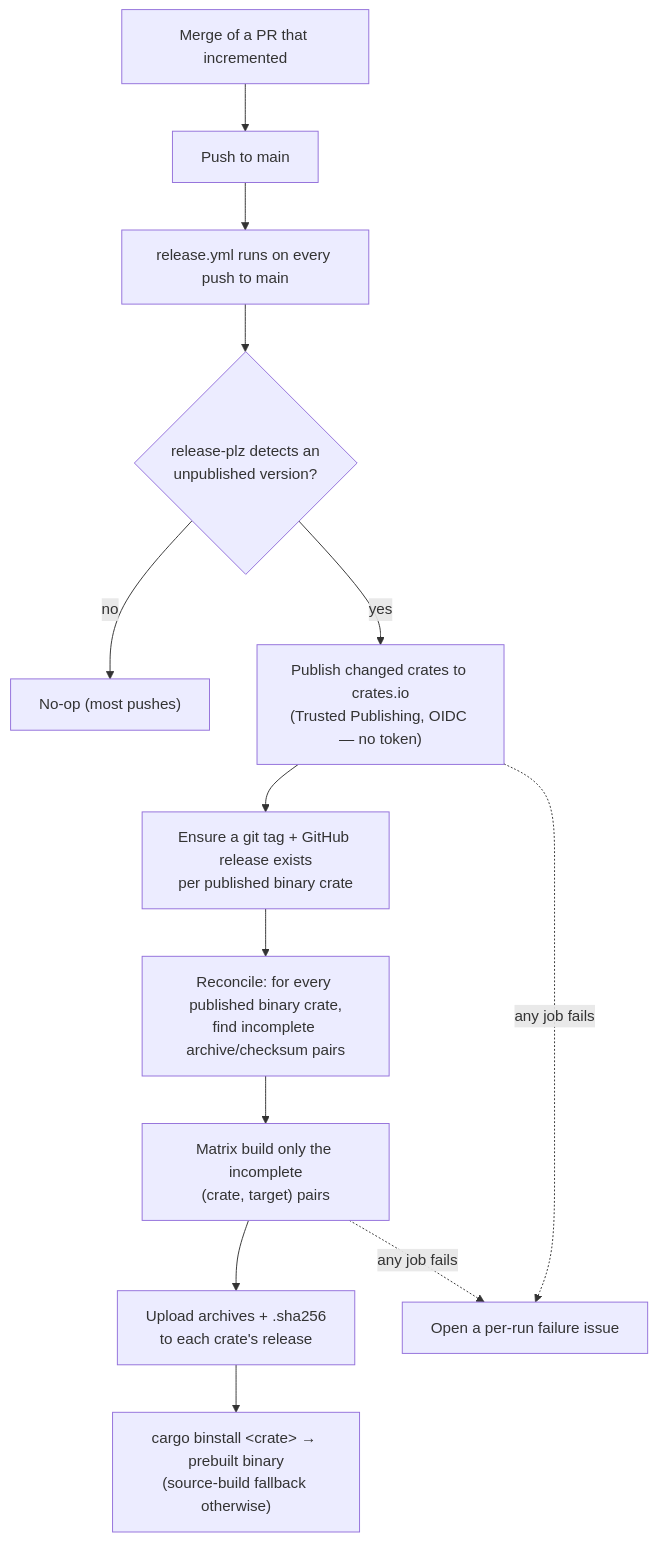
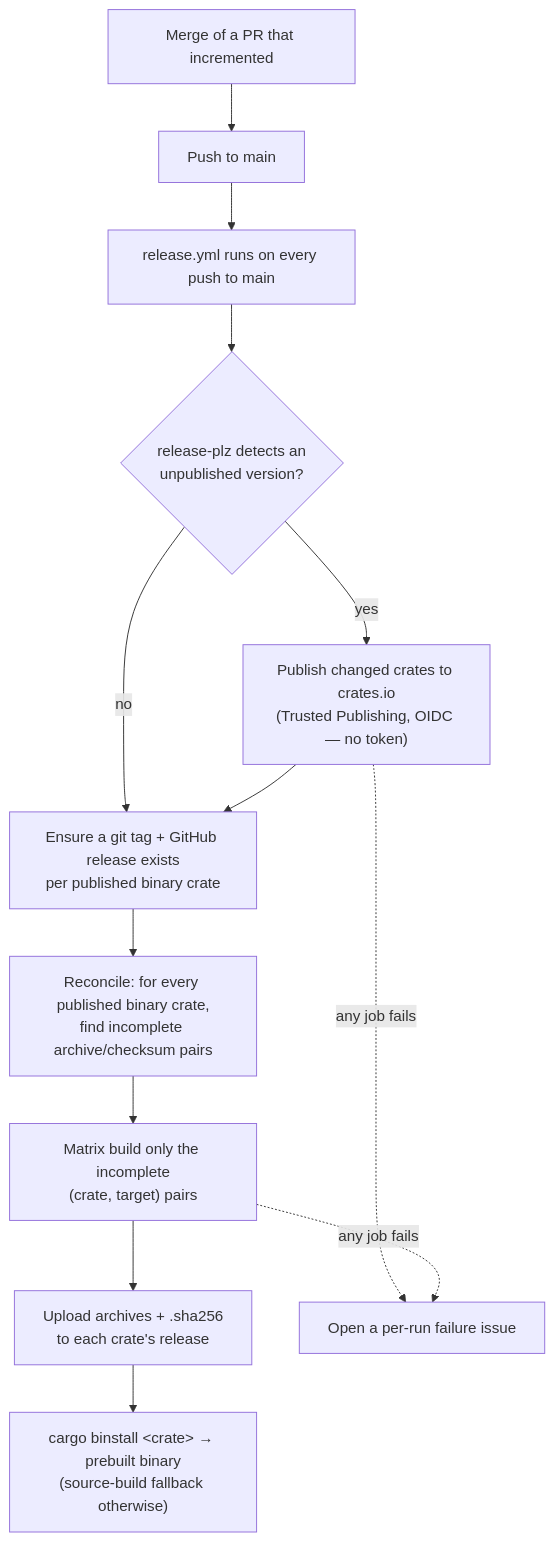
The diagram in docs/release-automation.md (sandersaares/folo), drawn with Mermaid before and after one commit. The commit also changed 6 other files, not shown here.

````diff
--- a/docs/release-automation.md
+++ b/docs/release-automation.md
@@ -26,15 +26,15 @@
 ```mermaid
 flowchart TD
     A["Merge of a PR that incremented"] --> B["Push to main"]
     B --> C["release.yml runs on every push to main"]
     C --> D{"release-plz detects an<br/>unpublished version?"}
-    D -- no --> Z["No-op (most pushes)"]
     D -- yes --> E["Publish changed crates to crates.io<br/>(Trusted Publishing, OIDC — no token)"]
+    D -- no --> F
     E --> F["Ensure a git tag + GitHub release exists<br/>per published binary crate"]
     F --> G["Reconcile: for every published binary crate,<br/>find incomplete archive/checksum pairs"]
     G --> H["Matrix build only the incomplete<br/>(crate, target) pairs"]
     H --> I["Upload archives + .sha256<br/>to each crate's release"]
     I --> J["cargo binstall &lt;crate&gt; → prebuilt binary<br/>(source-build fallback otherwise)"]
     E -. any job fails .-> K["Open a per-run failure issue"]
     H -. any job fails .-> K
 ```
````
